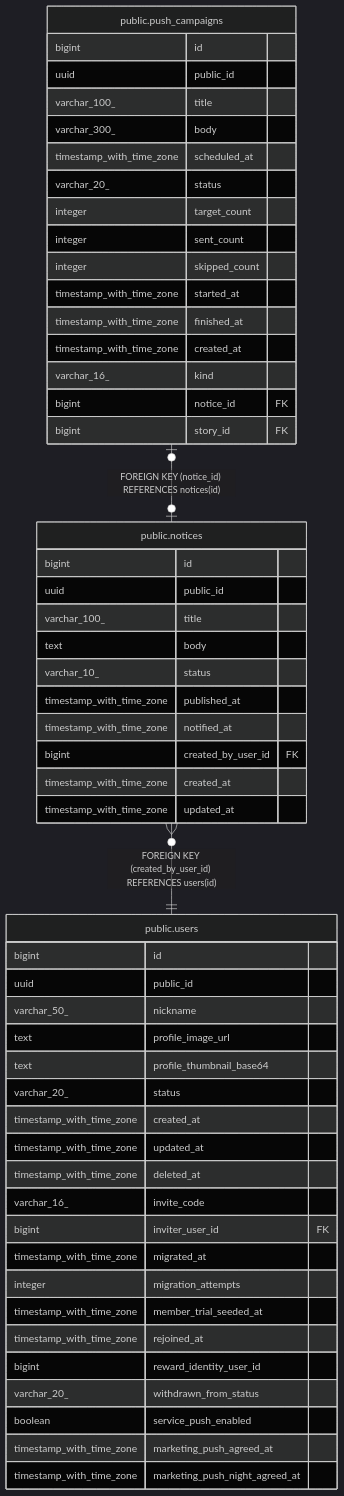
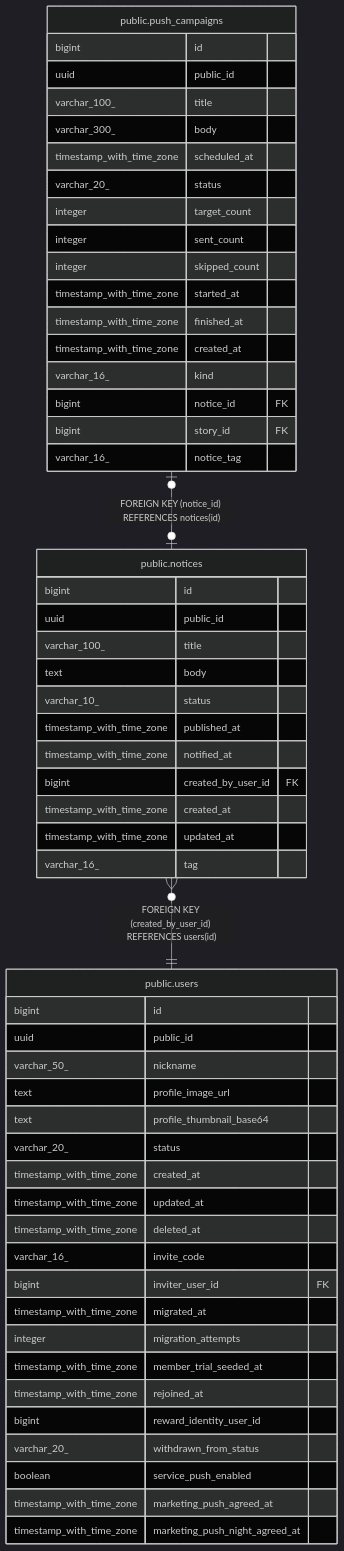
Before and after one commit to KIM-N-KANG/manyak-server: the diagram in dbdoc/public.notices.md, drawn with Mermaid (dark theme). The commit also changed other lines of this file and 47 other files, not shown here.

````diff
--- a/dbdoc/public.notices.md
+++ b/dbdoc/public.notices.md
@@ -45,58 +47,60 @@
 ```mermaid
 erDiagram
 
 "public.push_campaigns" |o--o| "public.notices" : "FOREIGN KEY (notice_id) REFERENCES notices(id)"
 "public.notices" }o--|| "public.users" : "FOREIGN KEY (created_by_user_id) REFERENCES users(id)"
 
 "public.notices" {
   bigint id
   uuid public_id
   varchar_100_ title
   text body
   varchar_10_ status
   timestamp_with_time_zone published_at
   timestamp_with_time_zone notified_at
   bigint created_by_user_id FK
   timestamp_with_time_zone created_at
   timestamp_with_time_zone updated_at
+  varchar_16_ tag
 }
 "public.push_campaigns" {
   bigint id
   uuid public_id
   varchar_100_ title
   varchar_300_ body
   timestamp_with_time_zone scheduled_at
   varchar_20_ status
   integer target_count
   integer sent_count
   integer skipped_count
   timestamp_with_time_zone started_at
   timestamp_with_time_zone finished_at
   timestamp_with_time_zone created_at
   varchar_16_ kind
   bigint notice_id FK
   bigint story_id FK
+  varchar_16_ notice_tag
 }
 "public.users" {
   bigint id
   uuid public_id
   varchar_50_ nickname
   text profile_image_url
   text profile_thumbnail_base64
   varchar_20_ status
   timestamp_with_time_zone created_at
   timestamp_with_time_zone updated_at
   timestamp_with_time_zone deleted_at
   varchar_16_ invite_code
   bigint inviter_user_id FK
   timestamp_with_time_zone migrated_at
   integer migration_attempts
   timestamp_with_time_zone member_trial_seeded_at
   timestamp_with_time_zone rejoined_at
   bigint reward_identity_user_id
   varchar_20_ withdrawn_from_status
   boolean service_push_enabled
   timestamp_with_time_zone marketing_push_agreed_at
   timestamp_with_time_zone marketing_push_night_agreed_at
 }
 ```
````
